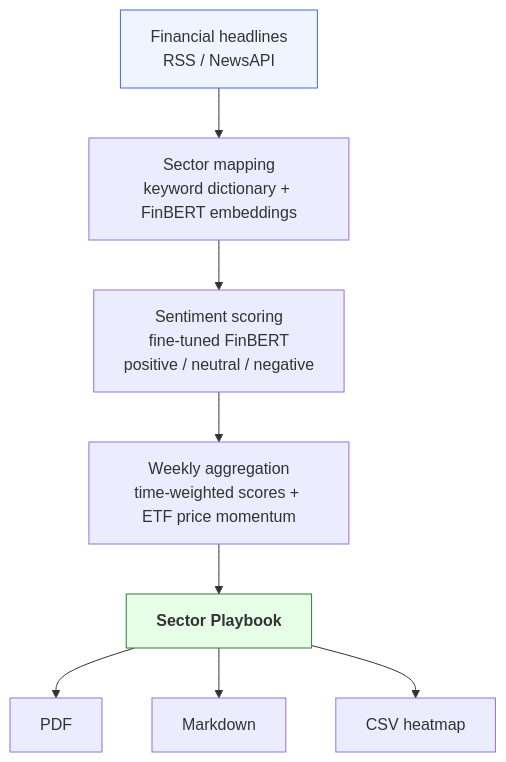
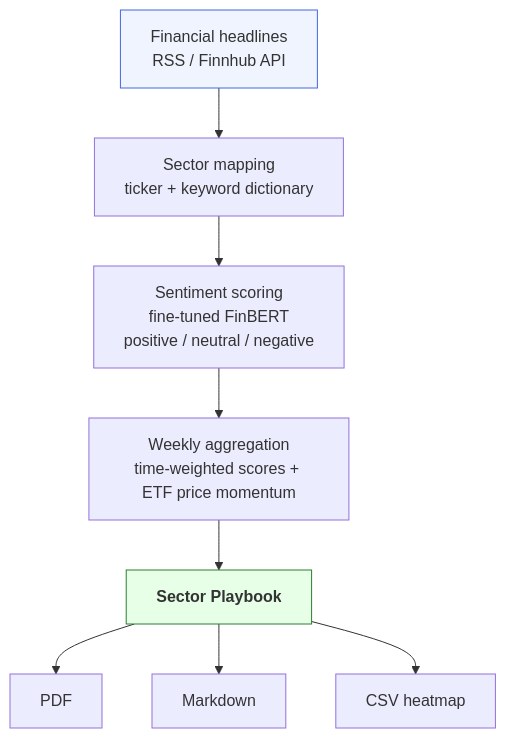
One commit to alowoa/sector-pulse changed the diagram in INFO.md. Above: the diagram before and after it, drawn with Mermaid. The commit also changed other lines of this file and 1 other file, not shown here.

Commit message:
added script to map sector to headlines. added mapped result to dvc. project structure info update.

````diff
--- a/INFO.md
+++ b/INFO.md
@@ -11,14 +11,14 @@
 ```mermaid
 flowchart TD
-    A[Financial headlines<br>RSS / NewsAPI] --> B[Sector mapping<br>keyword dictionary + FinBERT embeddings]
+    A[Financial headlines<br>RSS / Finnhub API] --> B[Sector mapping<br>ticker + keyword dictionary]
     B --> C[Sentiment scoring<br>fine-tuned FinBERT<br>positive / neutral / negative]
     C --> D[Weekly aggregation<br>time-weighted scores + ETF price momentum]
     D --> E[Sector Playbook]
 
     E --> PDF[PDF]
     E --> MD[Markdown]
     E --> CSV[CSV heatmap]
 
     style A fill:#f0f4ff,stroke:#4169e1
     style E fill:#e6ffe6,stroke:#2e7d32,font-weight:bold
 ```
````
